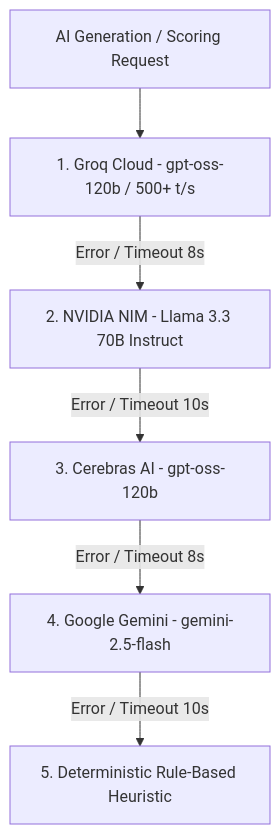
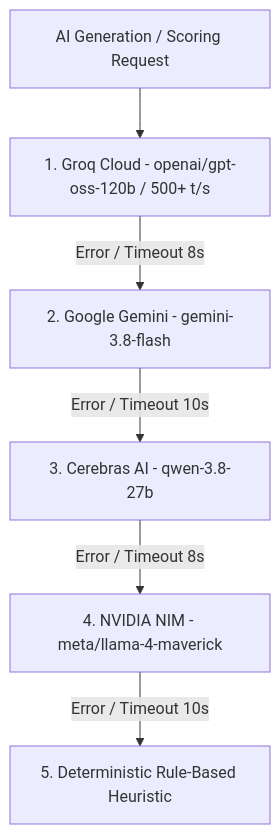
One commit to Hey-Astreon/Career_Engine changed the first of 2 diagrams in CAREER_ENGINE_MASTER_MEMORY_BACKUP.md. Above: the diagram before and after it, drawn with Mermaid. The commit also changed other lines of this file and 2 other files, not shown here.

Commit message:
fix(ai): purge deprecated gemini-2.5 and llama-3.3 references from docs and config

````diff
--- a/CAREER_ENGINE_MASTER_MEMORY_BACKUP.md
+++ b/CAREER_ENGINE_MASTER_MEMORY_BACKUP.md
@@ -137,8 +137,8 @@
 ```mermaid
 graph TD
-    Req[AI Generation / Scoring Request] --> Groq[1. Groq Cloud - gpt-oss-120b / 500+ t/s]
-    Groq -- Error / Timeout 8s --> NIM[2. NVIDIA NIM - Llama 3.3 70B Instruct]
-    NIM -- Error / Timeout 10s --> Cerebras[3. Cerebras AI - gpt-oss-120b]
-    Cerebras -- Error / Timeout 8s --> Gemini[4. Google Gemini - gemini-2.5-flash]
-    Gemini -- Error / Timeout 10s --> Fallback[5. Deterministic Rule-Based Heuristic]
+    Req[AI Generation / Scoring Request] --> Groq[1. Groq Cloud - openai/gpt-oss-120b / 500+ t/s]
+    Groq -- Error / Timeout 8s --> Gemini[2. Google Gemini - gemini-3.8-flash]
+    Gemini -- Error / Timeout 10s --> Cerebras[3. Cerebras AI - qwen-3.8-27b]
+    Cerebras -- Error / Timeout 8s --> NIM[4. NVIDIA NIM - meta/llama-4-maverick]
+    NIM -- Error / Timeout 10s --> Fallback[5. Deterministic Rule-Based Heuristic]
 ```
````
